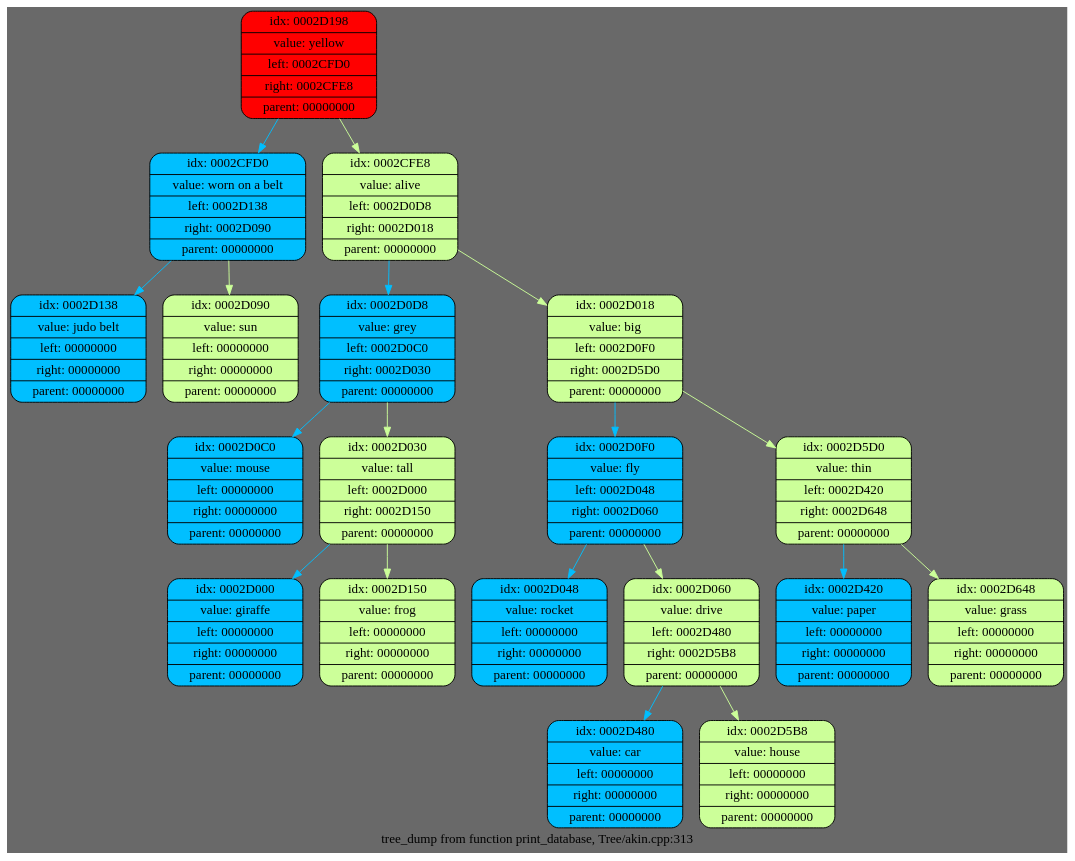
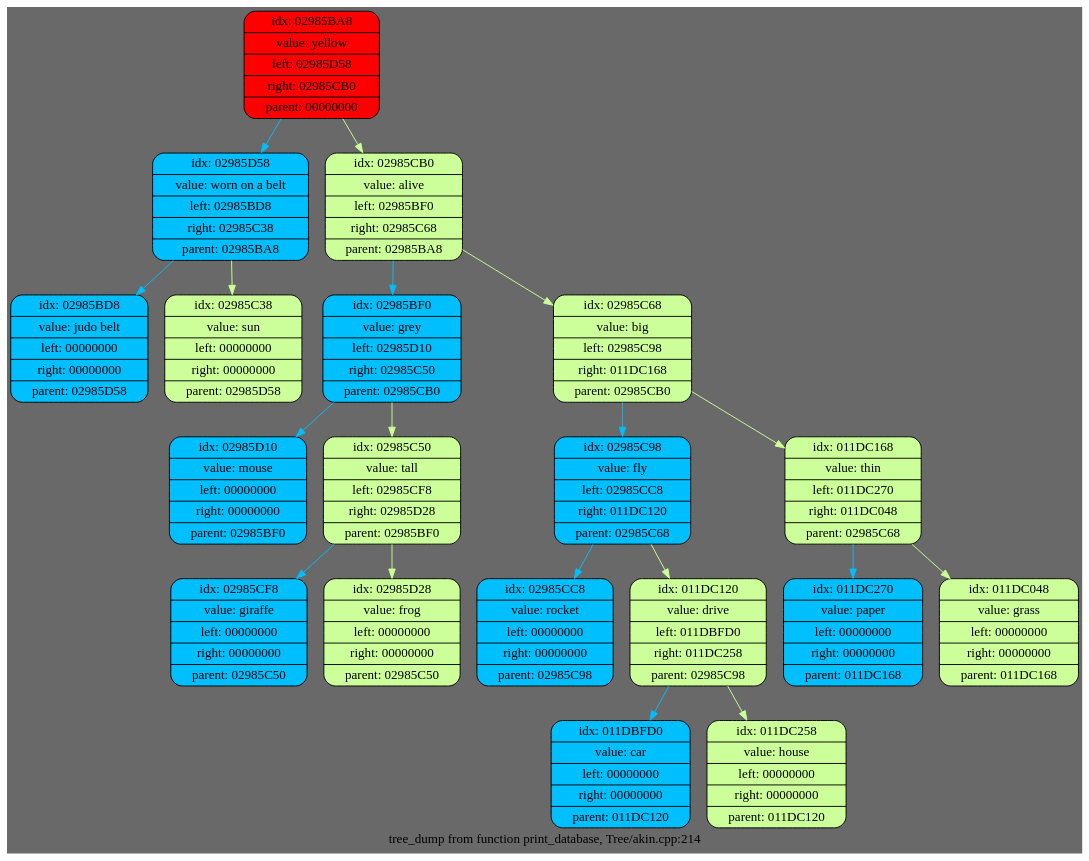
Before and after one commit to EntryFrager/Akinator: the diagram in include/dump.dot, drawn with Graphviz. The commit also changed 12 other files, not shown here.

```diff
--- a/include/dump.dot
+++ b/include/dump.dot
@@ -1,41 +1,41 @@
 digraph List {
 	rankdir = HR;
 	bgcolor = "#696969";
-	node0 [shape = Mrecord, style = filled, fillcolor = "#ff0000", label = "{idx: 0002D198 | value: yellow | left: 0002CFD0 | right: 0002CFE8 | parent: 00000000}"];
-	node1 [shape = Mrecord, style = filled, fillcolor = "#00BFFF", label = "{idx: 0002CFD0 | value: worn on a belt | left: 0002D138 | right: 0002D090 | parent: 00000000}"];
+	node0 [shape = Mrecord, style = filled, fillcolor = "#ff0000", label = "{idx: 02985BA8 | value: yellow | left: 02985D58 | right: 02985CB0 | parent: 00000000}"];
+	node1 [shape = Mrecord, style = filled, fillcolor = "#00BFFF", label = "{idx: 02985D58 | value: worn on a belt | left: 02985BD8 | right: 02985C38 | parent: 02985BA8}"];
 	node0 -> node1 [color = "#00BFFF"]
-	node2 [shape = Mrecord, style = filled, fillcolor = "#00BFFF", label = "{idx: 0002D138 | value: judo belt | left: 00000000 | right: 00000000 | parent: 00000000}"];
+	node2 [shape = Mrecord, style = filled, fillcolor = "#00BFFF", label = "{idx: 02985BD8 | value: judo belt | left: 00000000 | right: 00000000 | parent: 02985D58}"];
 	node1 -> node2 [color = "#00BFFF"]
-	node3 [shape = Mrecord, style = filled, fillcolor = "#ccff99", label = "{idx: 0002D090 | value: sun | left: 00000000 | right: 00000000 | parent: 00000000}"];
+	node3 [shape = Mrecord, style = filled, fillcolor = "#ccff99", label = "{idx: 02985C38 | value: sun | left: 00000000 | right: 00000000 | parent: 02985D58}"];
 	node1 -> node3 [color = "#ccff99"]
-	node4 [shape = Mrecord, style = filled, fillcolor = "#ccff99", label = "{idx: 0002CFE8 | value: alive | left: 0002D0D8 | right: 0002D018 | parent: 00000000}"];
+	node4 [shape = Mrecord, style = filled, fillcolor = "#ccff99", label = "{idx: 02985CB0 | value: alive | left: 02985BF0 | right: 02985C68 | parent: 02985BA8}"];
 	node0 -> node4 [color = "#ccff99"]
-	node5 [shape = Mrecord, style = filled, fillcolor = "#00BFFF", label = "{idx: 0002D0D8 | value: grey | left: 0002D0C0 | right: 0002D030 | parent: 00000000}"];
+	node5 [shape = Mrecord, style = filled, fillcolor = "#00BFFF", label = "{idx: 02985BF0 | value: grey | left: 02985D10 | right: 02985C50 | parent: 02985CB0}"];
 	node4 -> node5 [color = "#00BFFF"]
-	node6 [shape = Mrecord, style = filled, fillcolor = "#00BFFF", label = "{idx: 0002D0C0 | value: mouse | left: 00000000 | right: 00000000 | parent: 00000000}"];
+	node6 [shape = Mrecord, style = filled, fillcolor = "#00BFFF", label = "{idx: 02985D10 | value: mouse | left: 00000000 | right: 00000000 | parent: 02985BF0}"];
 	node5 -> node6 [color = "#00BFFF"]
-	node7 [shape = Mrecord, style = filled, fillcolor = "#ccff99", label = "{idx: 0002D030 | value: tall | left: 0002D000 | right: 0002D150 | parent: 00000000}"];
+	node7 [shape = Mrecord, style = filled, fillcolor = "#ccff99", label = "{idx: 02985C50 | value: tall | left: 02985CF8 | right: 02985D28 | parent: 02985BF0}"];
 	node5 -> node7 [color = "#ccff99"]
-	node8 [shape = Mrecord, style = filled, fillcolor = "#00BFFF", label = "{idx: 0002D000 | value: giraffe | left: 00000000 | right: 00000000 | parent: 00000000}"];
+	node8 [shape = Mrecord, style = filled, fillcolor = "#00BFFF", label = "{idx: 02985CF8 | value: giraffe | left: 00000000 | right: 00000000 | parent: 02985C50}"];
 	node7 -> node8 [color = "#00BFFF"]
-	node9 [shape = Mrecord, style = filled, fillcolor = "#ccff99", label = "{idx: 0002D150 | value: frog | left: 00000000 | right: 00000000 | parent: 00000000}"];
+	node9 [shape = Mrecord, style = filled, fillcolor = "#ccff99", label = "{idx: 02985D28 | value: frog | left: 00000000 | right: 00000000 | parent: 02985C50}"];
 	node7 -> node9 [color = "#ccff99"]
-	node10 [shape = Mrecord, style = filled, fillcolor = "#ccff99", label = "{idx: 0002D018 | value: big | left: 0002D0F0 | right: 0002D5D0 | parent: 00000000}"];
+	node10 [shape = Mrecord, style = filled, fillcolor = "#ccff99", label = "{idx: 02985C68 | value: big | left: 02985C98 | right: 011DC168 | parent: 02985CB0}"];
 	node4 -> node10 [color = "#ccff99"]
-	node11 [shape = Mrecord, style = filled, fillcolor = "#00BFFF", label = "{idx: 0002D0F0 | value: fly | left: 0002D048 | right: 0002D060 | parent: 00000000}"];
+	node11 [shape = Mrecord, style = filled, fillcolor = "#00BFFF", label = "{idx: 02985C98 | value: fly | left: 02985CC8 | right: 011DC120 | parent: 02985C68}"];
 	node10 -> node11 [color = "#00BFFF"]
-	node12 [shape = Mrecord, style = filled, fillcolor = "#00BFFF", label = "{idx: 0002D048 | value: rocket | left: 00000000 | right: 00000000 | parent: 00000000}"];
+	node12 [shape = Mrecord, style = filled, fillcolor = "#00BFFF", label = "{idx: 02985CC8 | value: rocket | left: 00000000 | right: 00000000 | parent: 02985C98}"];
 	node11 -> node12 [color = "#00BFFF"]
-	node13 [shape = Mrecord, style = filled, fillcolor = "#ccff99", label = "{idx: 0002D060 | value: drive | left: 0002D480 | right: 0002D5B8 | parent: 00000000}"];
+	node13 [shape = Mrecord, style = filled, fillcolor = "#ccff99", label = "{idx: 011DC120 | value: drive | left: 011DBFD0 | right: 011DC258 | parent: 02985C98}"];
 	node11 -> node13 [color = "#ccff99"]
-	node14 [shape = Mrecord, style = filled, fillcolor = "#00BFFF", label = "{idx: 0002D480 | value: car | left: 00000000 | right: 00000000 | parent: 00000000}"];
+	node14 [shape = Mrecord, style = filled, fillcolor = "#00BFFF", label = "{idx: 011DBFD0 | value: car | left: 00000000 | right: 00000000 | parent: 011DC120}"];
 	node13 -> node14 [color = "#00BFFF"]
-	node15 [shape = Mrecord, style = filled, fillcolor = "#ccff99", label = "{idx: 0002D5B8 | value: house | left: 00000000 | right: 00000000 | parent: 00000000}"];
+	node15 [shape = Mrecord, style = filled, fillcolor = "#ccff99", label = "{idx: 011DC258 | value: house | left: 00000000 | right: 00000000 | parent: 011DC120}"];
 	node13 -> node15 [color = "#ccff99"]
-	node16 [shape = Mrecord, style = filled, fillcolor = "#ccff99", label = "{idx: 0002D5D0 | value: thin | left: 0002D420 | right: 0002D648 | parent: 00000000}"];
+	node16 [shape = Mrecord, style = filled, fillcolor = "#ccff99", label = "{idx: 011DC168 | value: thin | left: 011DC270 | right: 011DC048 | parent: 02985C68}"];
 	node10 -> node16 [color = "#ccff99"]
-	node17 [shape = Mrecord, style = filled, fillcolor = "#00BFFF", label = "{idx: 0002D420 | value: paper | left: 00000000 | right: 00000000 | parent: 00000000}"];
+	node17 [shape = Mrecord, style = filled, fillcolor = "#00BFFF", label = "{idx: 011DC270 | value: paper | left: 00000000 | right: 00000000 | parent: 011DC168}"];
 	node16 -> node17 [color = "#00BFFF"]
-	node18 [shape = Mrecord, style = filled, fillcolor = "#ccff99", label = "{idx: 0002D648 | value: grass | left: 00000000 | right: 00000000 | parent: 00000000}"];
+	node18 [shape = Mrecord, style = filled, fillcolor = "#ccff99", label = "{idx: 011DC048 | value: grass | left: 00000000 | right: 00000000 | parent: 011DC168}"];
 	node16 -> node18 [color = "#ccff99"]
-	label = "tree_dump from function print_database, Tree/akin.cpp:313";}
+	label = "tree_dump from function print_database, Tree/akin.cpp:214";}
```
